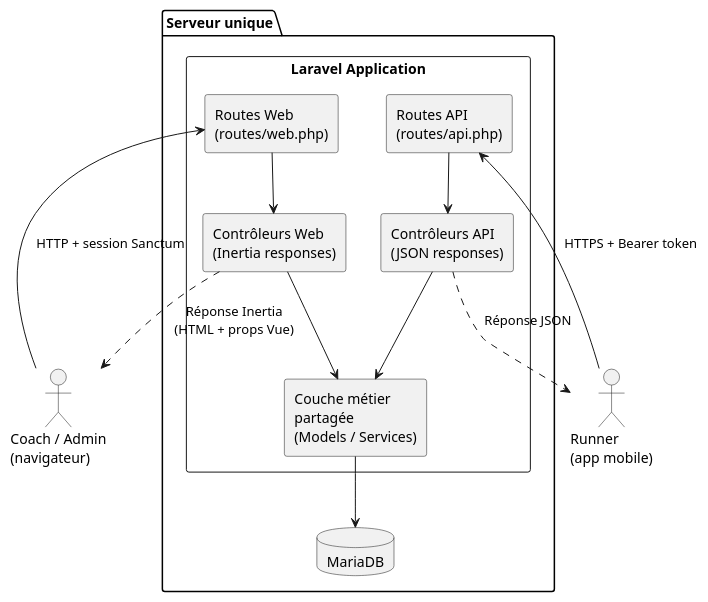
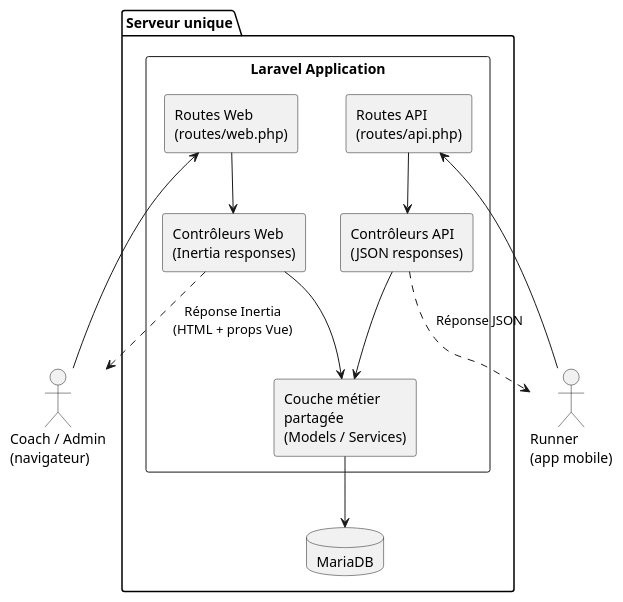
Before and after one commit to 01adrien/cours_epfc: the diagram in 3eme_annee/TFE/03-conception/assets/archi.puml, drawn with PlantUML. The commit also changed 28 other files, not shown here.

```diff
--- a/3eme_annee/TFE/03-conception/assets/archi.puml
+++ b/3eme_annee/TFE/03-conception/assets/archi.puml
@@ -1,32 +1,32 @@
 @startuml
 skinparam componentStyle rectangle
 skinparam backgroundColor white
 
 actor "Coach / Admin\n(navigateur)" as CoachUser
 actor "Runner\n(app mobile)" as RunnerUser
 
 package "Serveur unique" {
   component "Laravel Application" as Laravel {
     component "Routes Web\n(routes/web.php)" as WebRoutes
     component "Routes API\n(routes/api.php)" as ApiRoutes
     component "Contrôleurs Web\n(Inertia responses)" as WebControllers
     component "Contrôleurs API\n(JSON responses)" as ApiControllers
     component "Couche métier\npartagée\n(Models / Services)" as Domain
   }
   database "MariaDB" as DB
 }
 
-CoachUser --> WebRoutes : HTTP + session Sanctum
-RunnerUser --> ApiRoutes : HTTPS + Bearer token
+CoachUser --> WebRoutes
+RunnerUser --> ApiRoutes
 
 WebRoutes --> WebControllers
 ApiRoutes --> ApiControllers
 
 WebControllers --> Domain
 ApiControllers --> Domain
 
 WebControllers ..> CoachUser : Réponse Inertia\n(HTML + props Vue)
 ApiControllers ..> RunnerUser : Réponse JSON
 
 Domain --> DB
 @enduml
```
